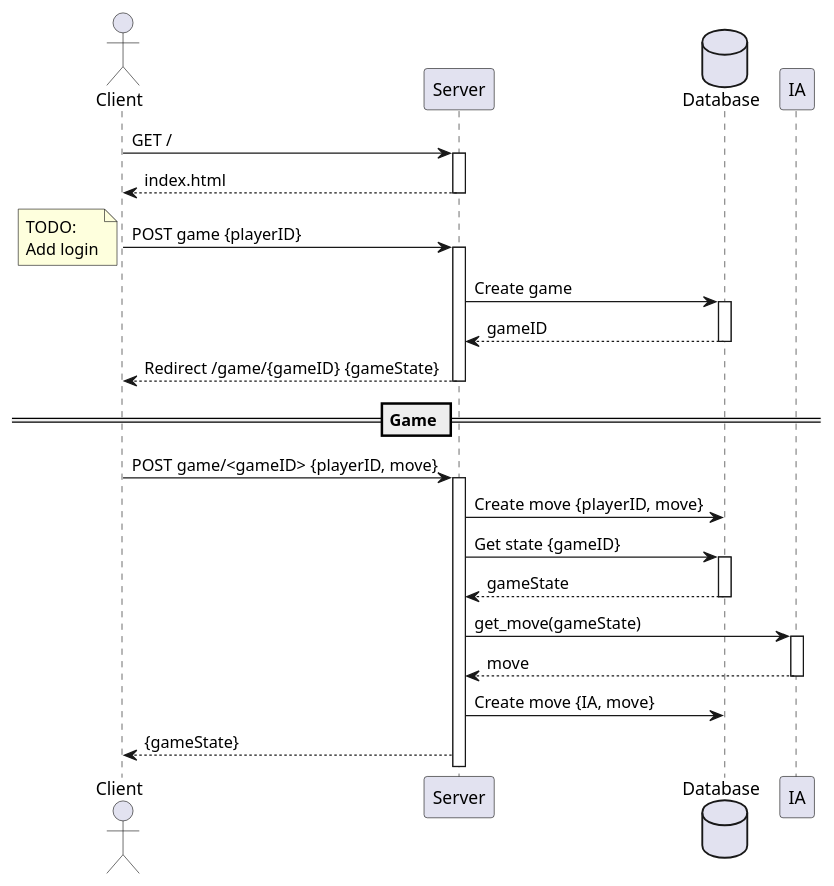
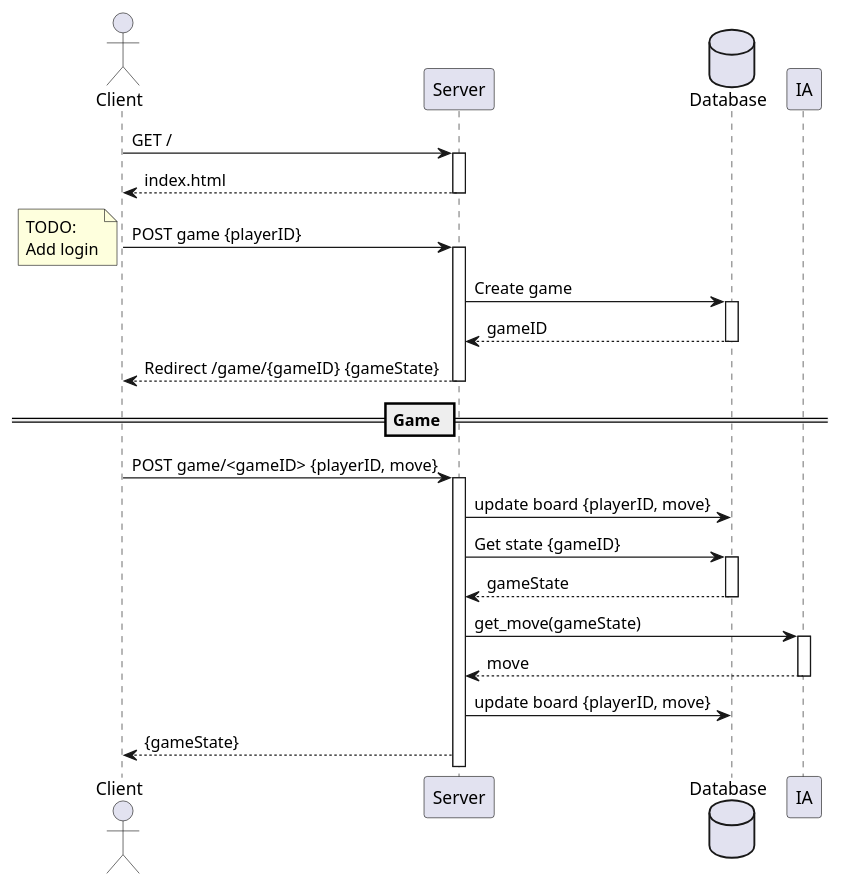
Before and after one commit to vsantele/IG3-projet-ia: the diagram in schema/userInteraction.puml, drawn with PlantUML.

```diff
--- a/schema/userInteraction.puml
+++ b/schema/userInteraction.puml
@@ -1,33 +1,33 @@
 @startuml userInteraction
 actor Client as client
 participant Server as server
 database Database as db
 participant IA as ia
 
 client -> server : GET /
 activate server
 return index.html
 client -> server : POST game {playerID}
 note left
   TODO: 
   Add login
 end note
 activate server
 server -> db : Create game
 activate db
 return gameID
 return Redirect /game/{gameID} {gameState} 
 == Game ==
 client -> server : POST game/<gameID> {playerID, move}
 activate server
-server -> db : Create move {playerID, move}
+server -> db : update board {playerID, move}
 server -> db : Get state {gameID}
 activate db
 return gameState
 server -> ia : get_move(gameState)
 activate ia
 return move
-server -> db : Create move {IA, move}
+server -> db : update board {playerID, move}
 server --> client : {gameState}
 
 @enduml
```
